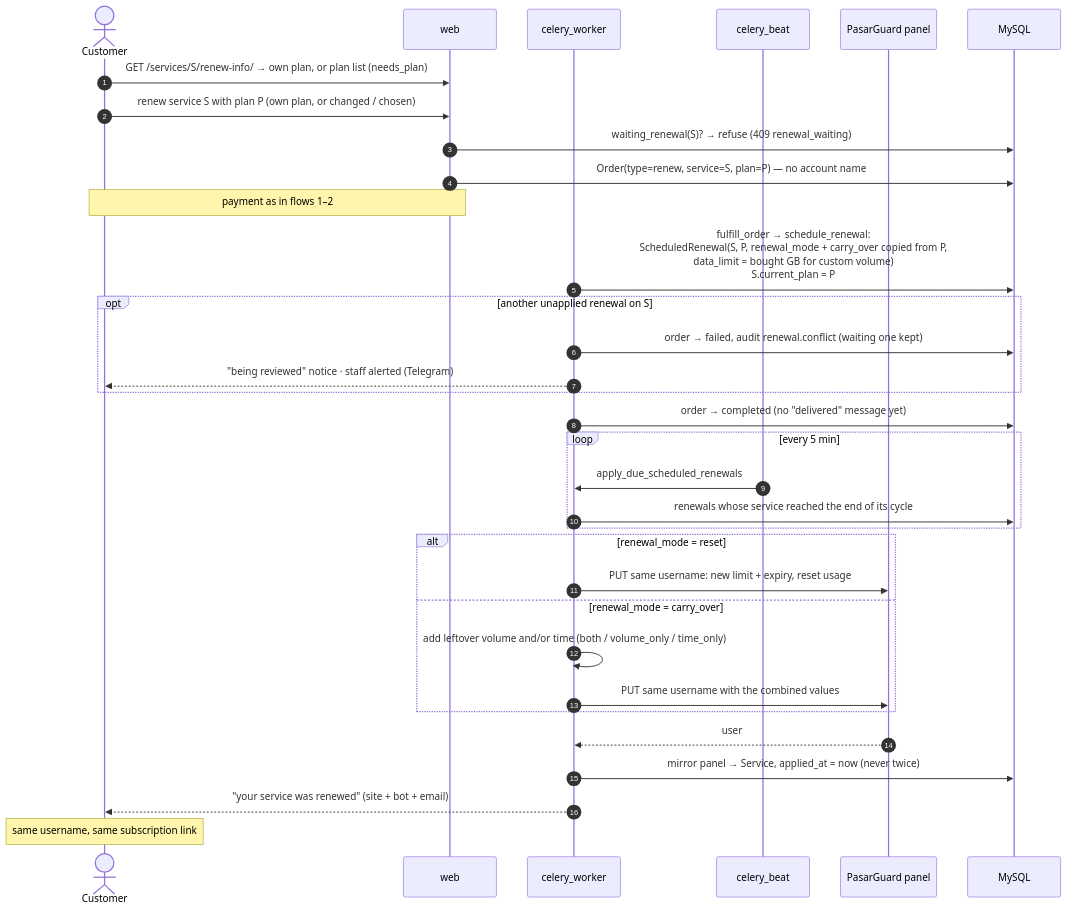
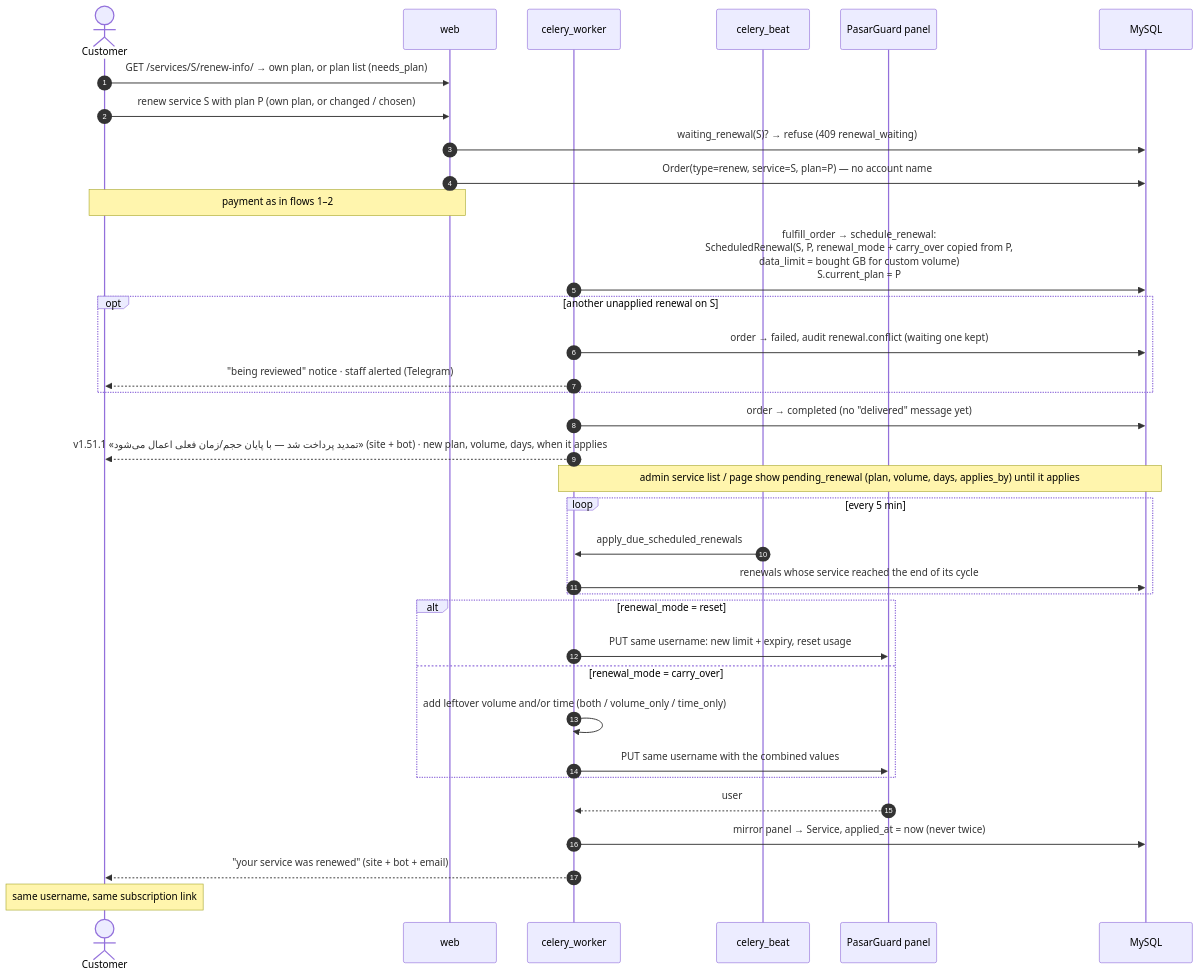
Diagram 12 of 46 in docs/flows.md (santiyagoburcart/caspintunel), drawn with Mermaid before and after one commit. The commit also changed 10 other files, not shown here.

````diff
--- a/docs/flows.md
+++ b/docs/flows.md
@@ -395,36 +395,38 @@
 ```mermaid
 sequenceDiagram
     autonumber
     actor C as Customer
     participant API as web
     participant W as celery_worker
     participant B as celery_beat
     participant PG as PasarGuard panel
     participant DB as MySQL
 
     C->>API: GET /services/S/renew-info/ → own plan, or plan list (needs_plan)
     C->>API: renew service S with plan P (own plan, or changed / chosen)
     API->>DB: waiting_renewal(S)? → refuse (409 renewal_waiting)
     API->>DB: Order(type=renew, service=S, plan=P) — no account name
     Note over C,API: payment as in flows 1–2
     W->>DB: fulfill_order → schedule_renewal:<br/>ScheduledRenewal(S, P, renewal_mode + carry_over copied from P,<br/>data_limit = bought GB for custom volume)<br/>S.current_plan = P
     opt another unapplied renewal on S
         W->>DB: order → failed, audit renewal.conflict (waiting one kept)
         W-->>C: "being reviewed" notice · staff alerted (Telegram)
     end
     W->>DB: order → completed (no "delivered" message yet)
+    W-->>C: v1.51.1 «تمدید پرداخت شد — با پایان حجم/زمان فعلی اعمال می‌شود» (site + bot) · new plan, volume, days, when it applies
+    Note over W,DB: admin service list / page show pending_renewal (plan, volume, days, applies_by) until it applies
     loop every 5 min
         B->>W: apply_due_scheduled_renewals
         W->>DB: renewals whose service reached the end of its cycle
     end
     alt renewal_mode = reset
         W->>PG: PUT same username: new limit + expiry, reset usage
     else renewal_mode = carry_over
         W->>W: add leftover volume and/or time (both / volume_only / time_only)
         W->>PG: PUT same username with the combined values
     end
     PG-->>W: user
     W->>DB: mirror panel → Service, applied_at = now (never twice)
     W-->>C: "your service was renewed" (site + bot + email)
     Note over C: same username, same subscription link
 ```
````
